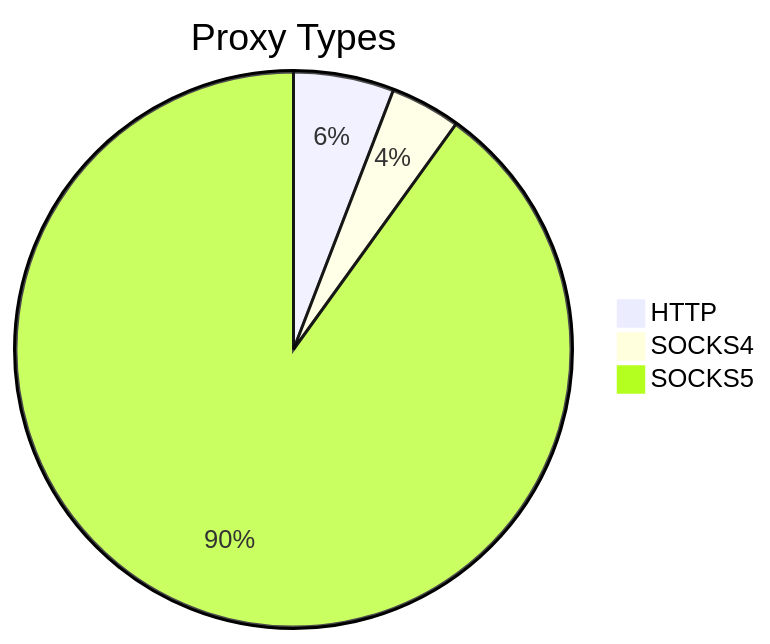
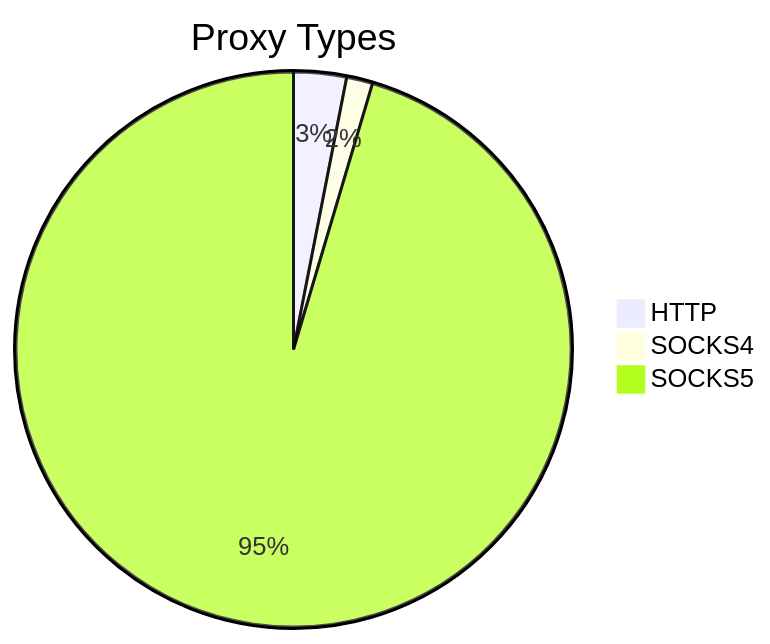
Before and after one commit to stormsia/proxy-list: the first of 2 diagrams in README.md, drawn with Mermaid. The commit also changed other lines of this file, not shown here.

````diff
--- a/README.md
+++ b/README.md
@@ -21,6 +21,6 @@
 ```mermaid
 pie title Proxy Types
-    "HTTP" : 93
-    "SOCKS4" : 65
-    "SOCKS5" : 1431
+    "HTTP" : 113
+    "SOCKS4" : 56
+    "SOCKS5" : 3508
 ```
````
